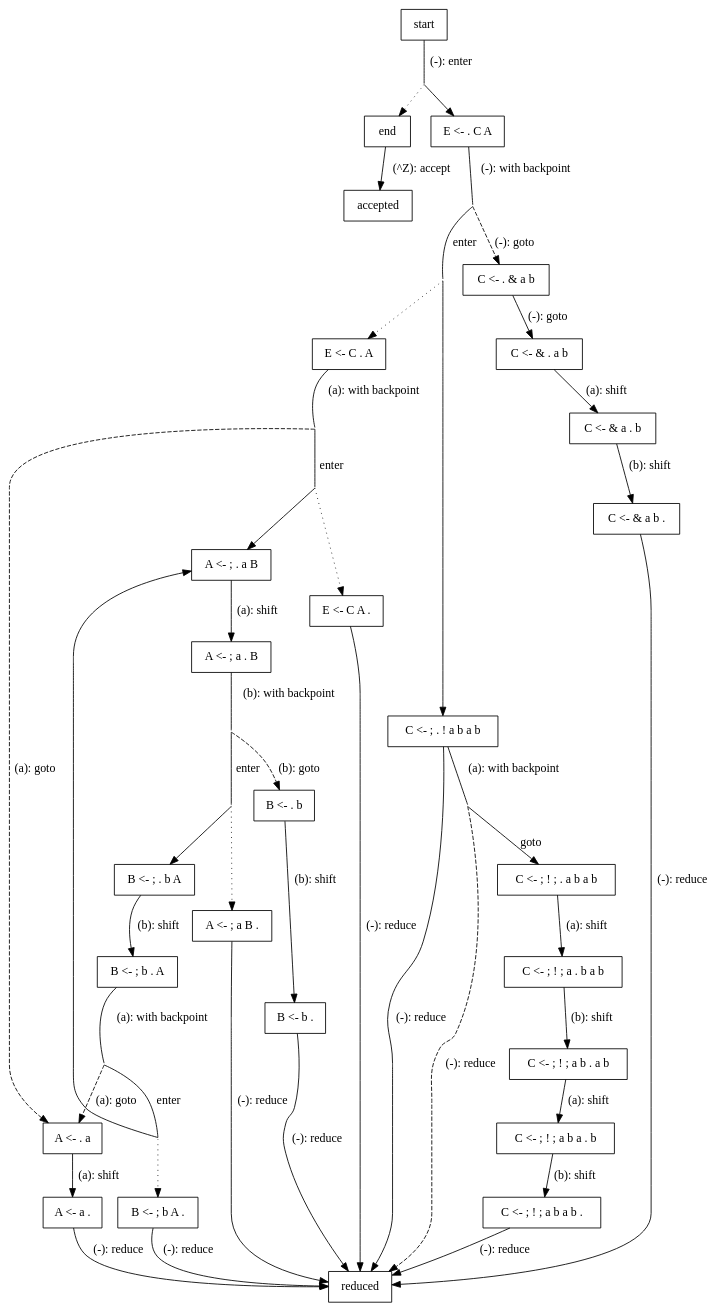
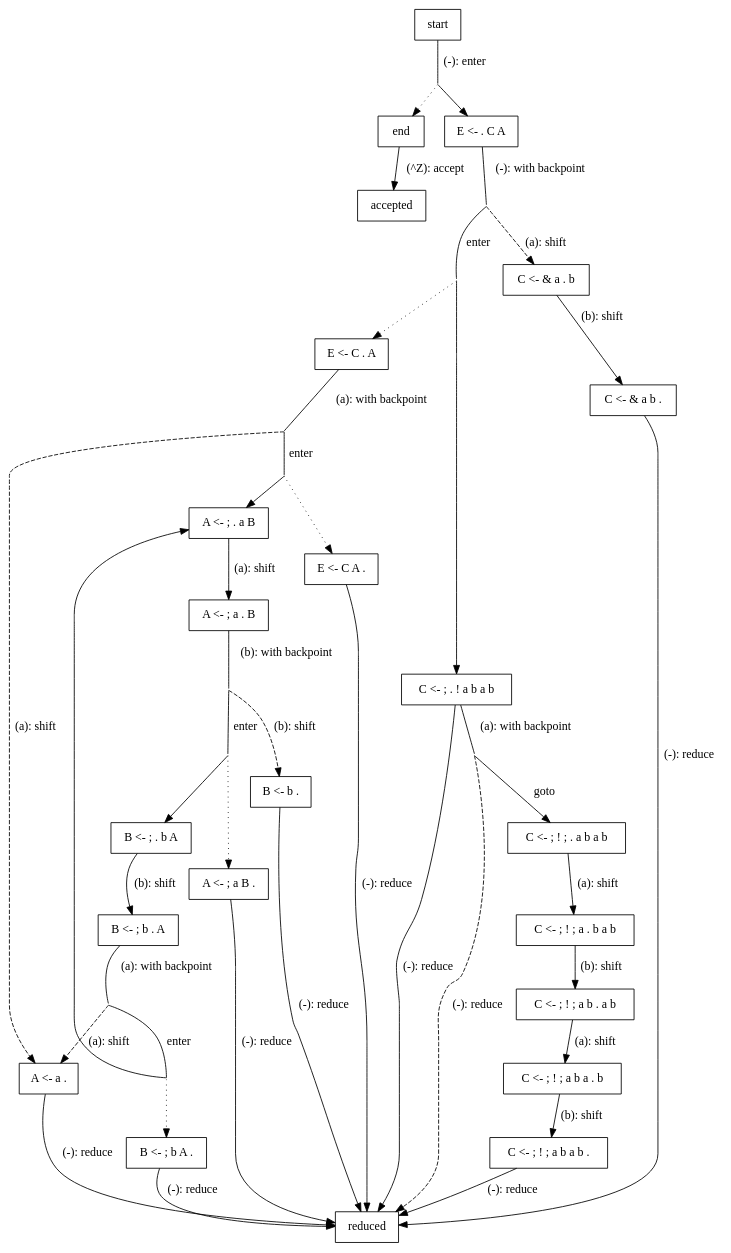
Before and after one commit to mizunashi-mana/proglang-notes: the diagram in asset/implementation-note-of-peg-parser/sample-grammar-optimized.dot, drawn with Graphviz. The commit also changed 1 other file, not shown here.

```diff
--- a/asset/implementation-note-of-peg-parser/sample-grammar-optimized.dot
+++ b/asset/implementation-note-of-peg-parser/sample-grammar-optimized.dot
@@ -67,8 +67,8 @@
     style = "dotted"
   ];
 
-  node2_joint -> node8 [
-    label = "(-): goto",
+  node2_joint -> node10 [
+    label = "(a): shift",
     style = "dashed"
   ];
 
@@ -141,22 +141,6 @@
     label = "(-): reduce"
   ];
 
-  node8 [
-    label = "C <- . \& a b"
-  ];
-
-  node8 -> node9 [
-    label = "(-): goto"
-  ];
-
-  node9 [
-    label = "C <- \& . a b"
-  ];
-
-  node9 -> node10 [
-    label = "(a): shift"
-  ];
-
   node10 [
     label = "C <- \& a . b"
   ];
@@ -194,8 +178,8 @@
     arrowhead = "none"
   ];
 
-  node13_joint -> node17 [
-    label = "(a): goto",
+  node13_joint -> node18 [
+    label = "(a): shift",
     style = "dashed"
   ];
 
@@ -241,8 +225,8 @@
     arrowhead = "none"
   ];
 
-  node15_joint -> node19 [
-    label = "(b): goto",
+  node15_joint -> node20 [
+    label = "(b): shift",
     style = "dashed"
   ];
 
@@ -288,8 +272,8 @@
     arrowhead = "none"
   ];
 
-  node16_13_joint -> node17 [
-    label = "(a): goto",
+  node16_13_joint -> node18 [
+    label = "(a): shift",
     style = "dashed"
   ];
 
@@ -306,28 +290,12 @@
     style = "dotted"
   ];
 
-  node17 [
-    label = "A <- . a"
-  ];
-
-  node17 -> node18 [
-    label = "(a): shift"
-  ];
-
   node18 [
     label = "A <- a ."
   ];
 
   node18 -> reduced [
     label = "(-): reduce"
-  ];
-
-  node19 [
-    label = "B <- . b"
-  ];
-
-  node19 -> node20 [
-    label = "(b): shift"
   ];
 
   node20 [
```
